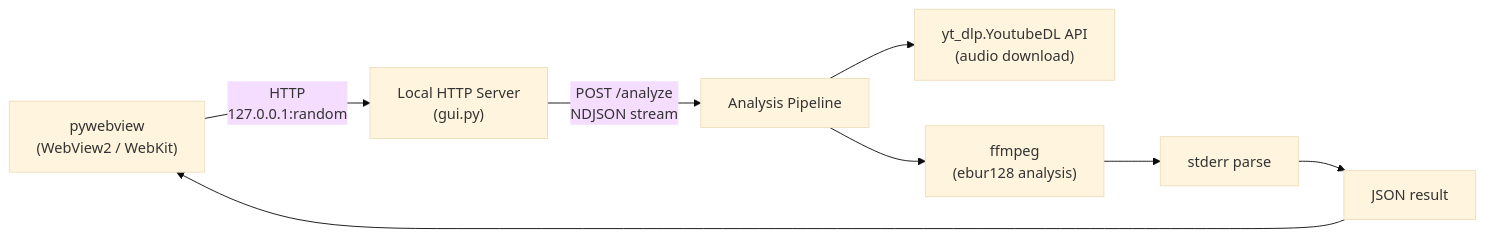
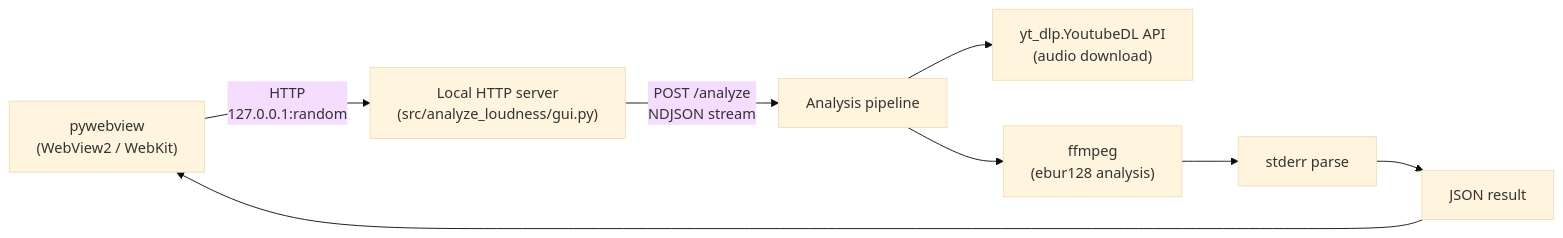
One commit to semnil/analyze-loudness changed the first of 4 diagrams in docs/architecture.md. Above: the diagram before and after it, drawn with Mermaid (base theme). The commit also changed other lines of this file and 7 other files, not shown here.

````diff
--- a/docs/architecture.md
+++ b/docs/architecture.md
@@ -12,10 +12,10 @@
 ```mermaid
 graph LR
-    A["pywebview<br/>(WebView2 / WebKit)"] -->|"HTTP<br/>127.0.0.1:random"| B["Local HTTP Server<br/>(gui.py)"]
-    B -->|"POST /analyze<br/>NDJSON stream"| C["Analysis Pipeline"]
-    C --> D["yt_dlp.YoutubeDL API<br/>(audio download)"]
-    C --> E["ffmpeg<br/>(ebur128 analysis)"]
+    A["pywebview<br>(WebView2 / WebKit)"] -->|"HTTP<br>127.0.0.1:random"| B["Local HTTP server<br>(src/analyze_loudness/gui.py)"]
+    B -->|"POST /analyze<br>NDJSON stream"| C["Analysis pipeline"]
+    C --> D["yt_dlp.YoutubeDL API<br>(audio download)"]
+    C --> E["ffmpeg<br>(ebur128 analysis)"]
     E --> F["stderr parse"]
     F --> G["JSON result"]
     G --> A
 ```
````
